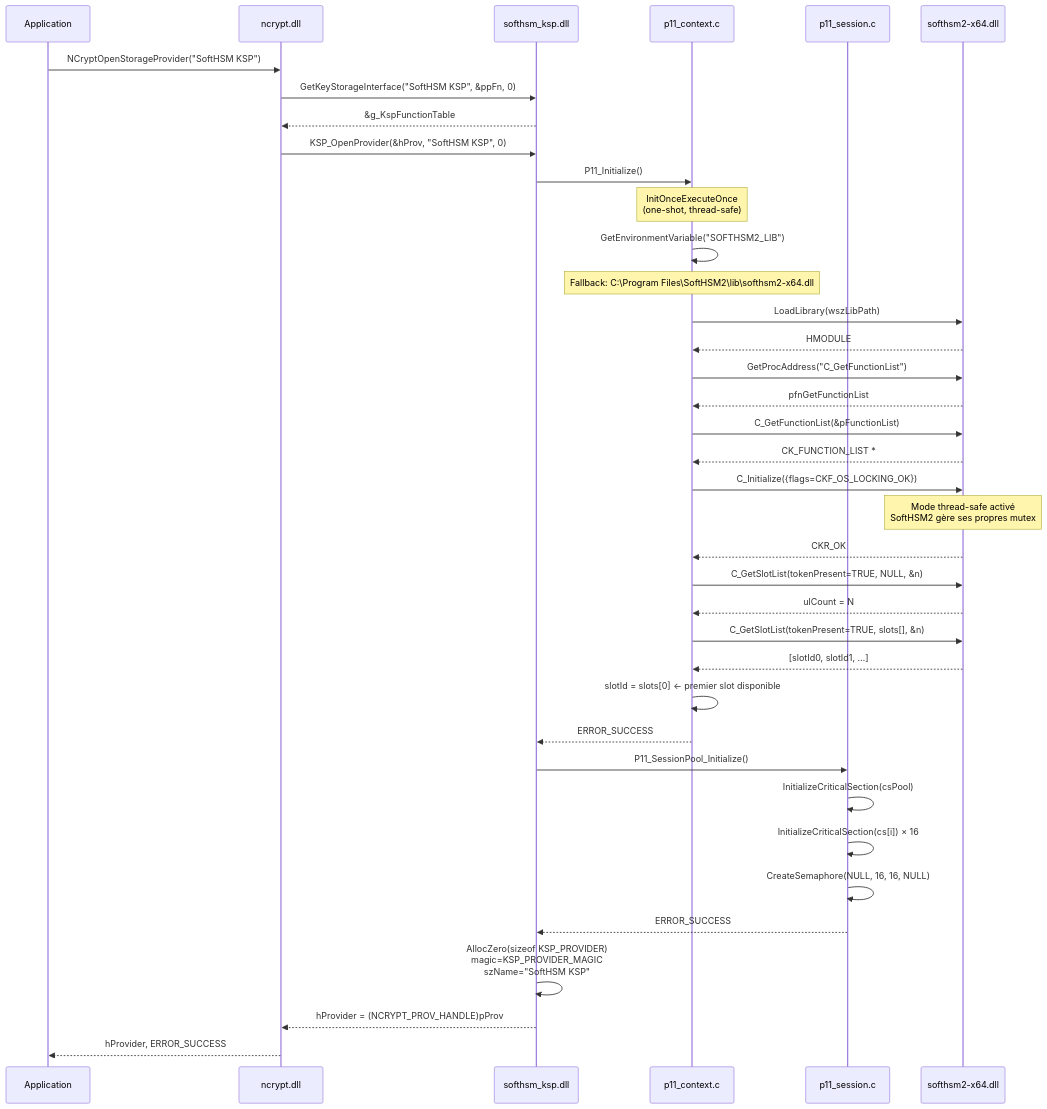
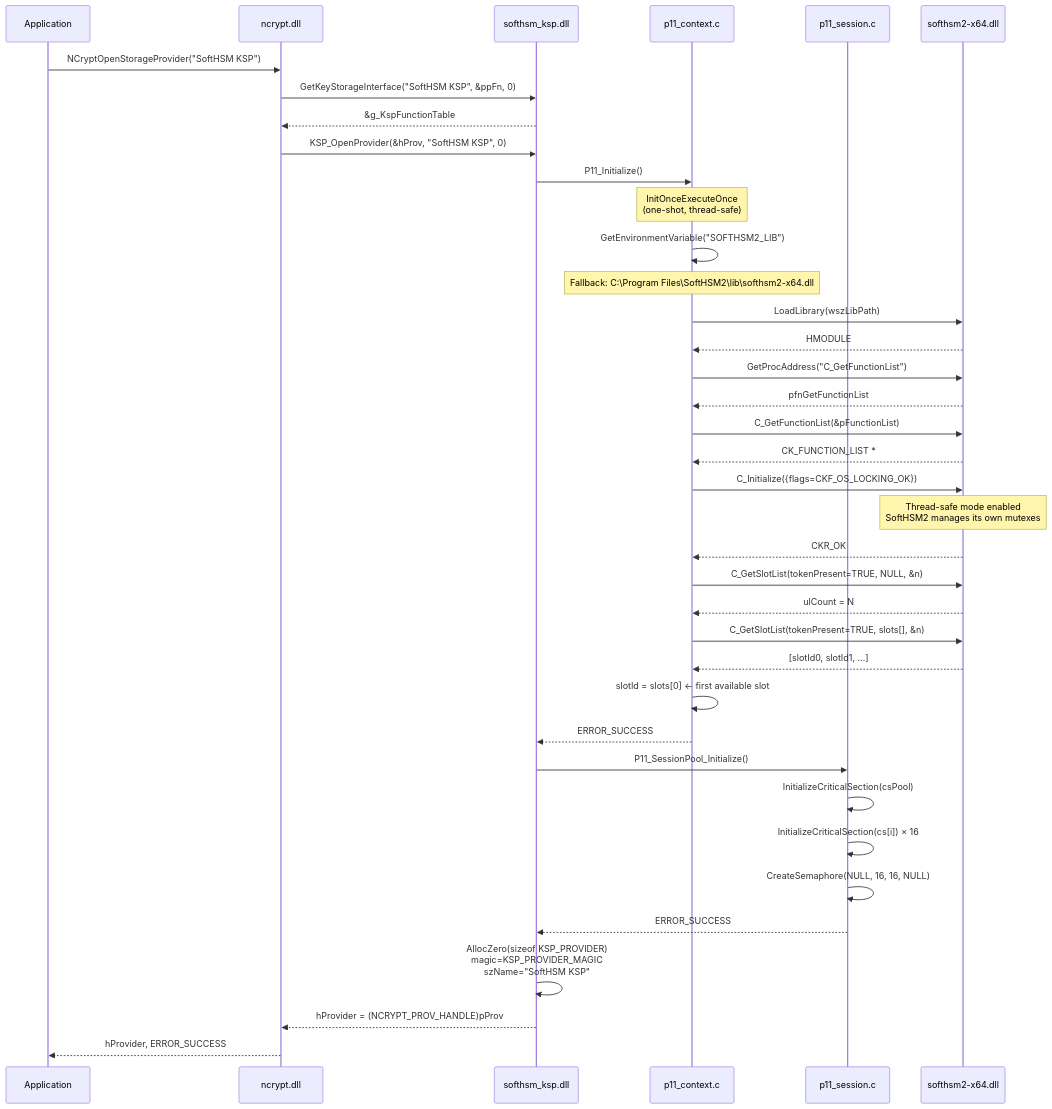
Before and after one commit to Gaillotte/Noida: the first of 4 diagrams in softhsm_ksp/docs/02-initialisation.md, drawn with Mermaid. The commit also changed other lines of this file and 9 other files, not shown here.

````diff
--- a/softhsm_ksp/docs/02-initialisation.md
+++ b/softhsm_ksp/docs/02-initialisation.md
@@ -14,53 +14,53 @@
 ```mermaid
 sequenceDiagram
     participant App as Application
     participant NCrypt as ncrypt.dll
     participant KSP as softhsm_ksp.dll
     participant P11Ctx as p11_context.c
     participant Pool as p11_session.c
     participant HSM as softhsm2-x64.dll
 
     App->>NCrypt: NCryptOpenStorageProvider("SoftHSM KSP")
     NCrypt->>KSP: GetKeyStorageInterface("SoftHSM KSP", &ppFn, 0)
     KSP-->>NCrypt: &g_KspFunctionTable
 
     NCrypt->>KSP: KSP_OpenProvider(&hProv, "SoftHSM KSP", 0)
 
     KSP->>P11Ctx: P11_Initialize()
     note over P11Ctx: InitOnceExecuteOnce<br/>(one-shot, thread-safe)
 
     P11Ctx->>P11Ctx: GetEnvironmentVariable("SOFTHSM2_LIB")
     note over P11Ctx: Fallback: C:\Program Files\SoftHSM2\lib\softhsm2-x64.dll
 
     P11Ctx->>HSM: LoadLibrary(wszLibPath)
     HSM-->>P11Ctx: HMODULE
 
     P11Ctx->>HSM: GetProcAddress("C_GetFunctionList")
     HSM-->>P11Ctx: pfnGetFunctionList
 
     P11Ctx->>HSM: C_GetFunctionList(&pFunctionList)
     HSM-->>P11Ctx: CK_FUNCTION_LIST *
 
     P11Ctx->>HSM: C_Initialize({flags=CKF_OS_LOCKING_OK})
-    note over HSM: Mode thread-safe activé<br/>SoftHSM2 gère ses propres mutex
+    note over HSM: Thread-safe mode enabled<br/>SoftHSM2 manages its own mutexes
     HSM-->>P11Ctx: CKR_OK
 
     P11Ctx->>HSM: C_GetSlotList(tokenPresent=TRUE, NULL, &n)
     HSM-->>P11Ctx: ulCount = N
 
     P11Ctx->>HSM: C_GetSlotList(tokenPresent=TRUE, slots[], &n)
     HSM-->>P11Ctx: [slotId0, slotId1, …]
 
-    P11Ctx->>P11Ctx: slotId = slots[0]  ← premier slot disponible
+    P11Ctx->>P11Ctx: slotId = slots[0]  ← first available slot
     P11Ctx-->>KSP: ERROR_SUCCESS
 
     KSP->>Pool: P11_SessionPool_Initialize()
     Pool->>Pool: InitializeCriticalSection(csPool)
     Pool->>Pool: InitializeCriticalSection(cs[i]) × 16
     Pool->>Pool: CreateSemaphore(NULL, 16, 16, NULL)
     Pool-->>KSP: ERROR_SUCCESS
 
     KSP->>KSP: AllocZero(sizeof KSP_PROVIDER)<br/>magic=KSP_PROVIDER_MAGIC<br/>szName="SoftHSM KSP"
     KSP-->>NCrypt: hProvider = (NCRYPT_PROV_HANDLE)pProv
     NCrypt-->>App: hProvider, ERROR_SUCCESS
 ```
````
